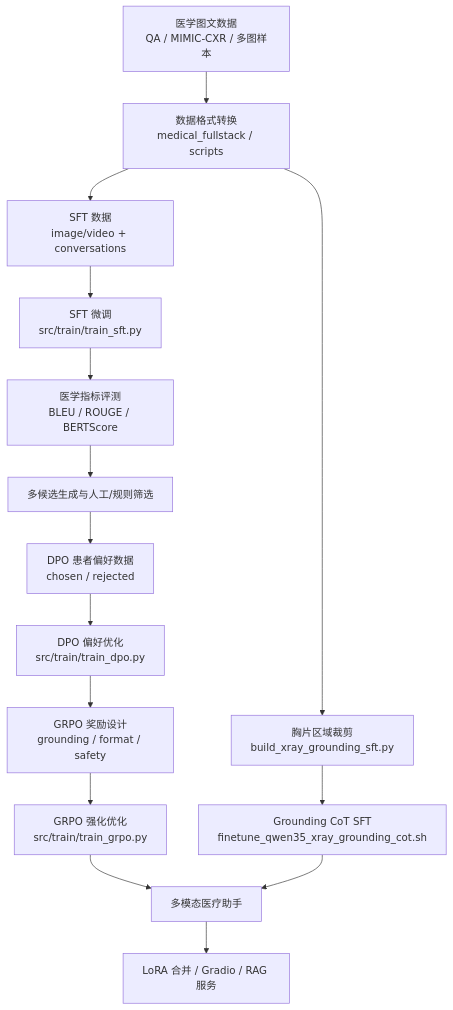
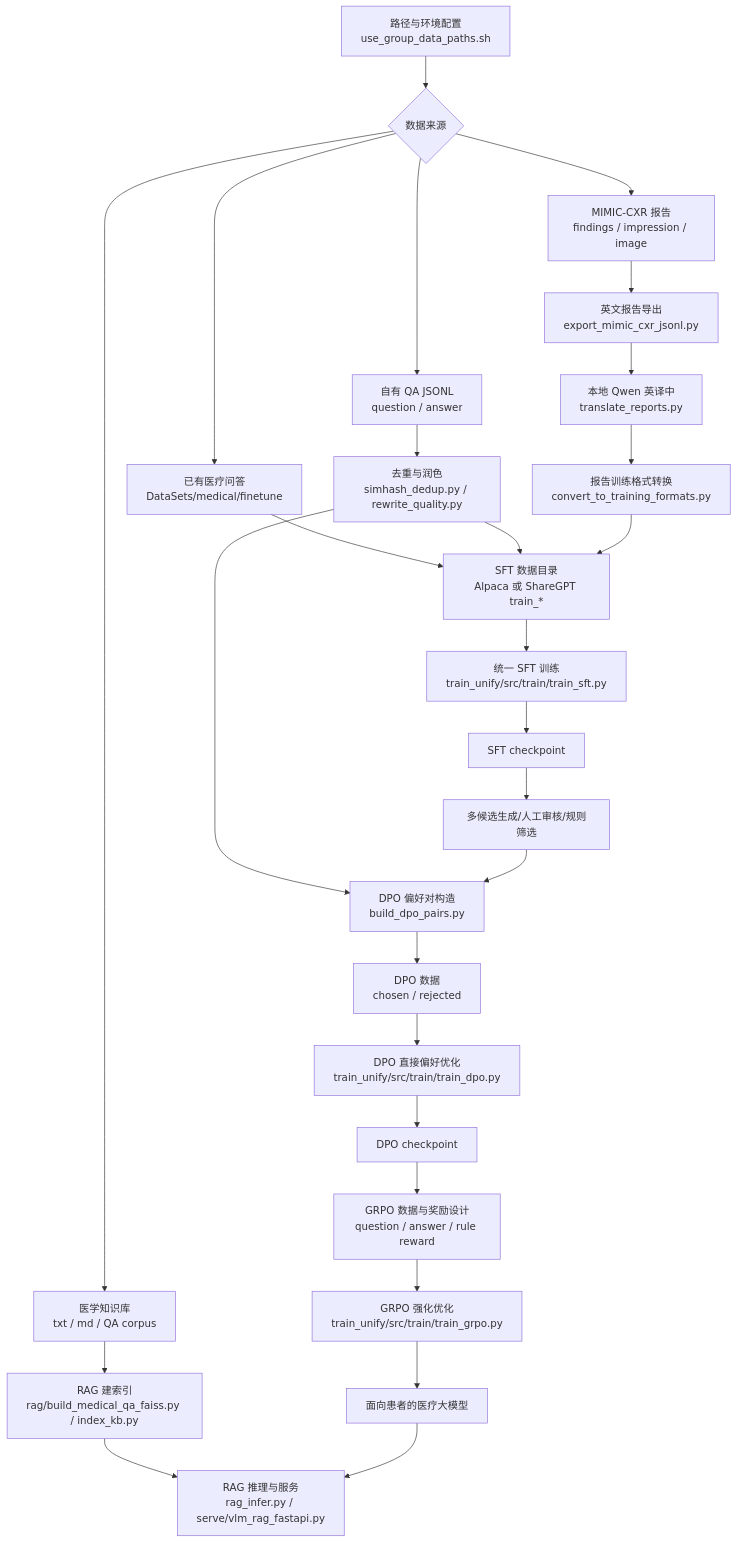
One commit to scuterGuoyulong/Medical_fullstack changed the diagram in train_unify/README.md. Above: the diagram before and after it, drawn with Mermaid. The commit also changed other lines of this file, not shown here.

````diff
--- a/train_unify/README.md
+++ b/train_unify/README.md
@@ -30,19 +19,35 @@
 ```mermaid
 flowchart TD
-    A[医学图文数据<br/>QA / MIMIC-CXR / 多图样本] --> B[数据格式转换<br/>medical_fullstack / scripts]
-    B --> C[SFT 数据<br/>image/video + conversations]
-    C --> D[SFT 微调<br/>src/train/train_sft.py]
-    D --> E[医学指标评测<br/>BLEU / ROUGE / BERTScore]
-    E --> F[多候选生成与人工/规则筛选]
-    F --> G[DPO 患者偏好数据<br/>chosen / rejected]
-    G --> H[DPO 偏好优化<br/>src/train/train_dpo.py]
-    H --> I[GRPO 奖励设计<br/>grounding / format / safety]
-    I --> J[GRPO 强化优化<br/>src/train/train_grpo.py]
-    J --> K[多模态医疗助手]
+    A[路径与环境配置<br/>use_group_data_paths.sh] --> B{数据来源}
 
-    B --> L[胸片区域裁剪<br/>build_xray_grounding_sft.py]
-    L --> M[Grounding CoT SFT<br/>finetune_qwen35_xray_grounding_cot.sh]
-    M --> K
+    B --> C1[已有医疗问答<br/>DataSets/medical/finetune]
+    B --> C2[自有 QA JSONL<br/>question / answer]
+    B --> C3[MIMIC-CXR 报告<br/>findings / impression / image]
+    B --> C4[医学知识库<br/>txt / md / QA corpus]
 
-    K --> N[LoRA 合并 / Gradio / RAG 服务]
+    C2 --> D1[去重与润色<br/>simhash_dedup.py / rewrite_quality.py]
+    C3 --> D2[英文报告导出<br/>export_mimic_cxr_jsonl.py]
+    D2 --> D3[本地 Qwen 英译中<br/>translate_reports.py]
+    D3 --> D4[报告训练格式转换<br/>convert_to_training_formats.py]
+    C1 --> E[SFT 数据目录<br/>Alpaca 或 ShareGPT train_*]
+    D1 --> E
+    D4 --> E
+
+    E --> F[统一 SFT 训练<br/>train_unify/src/train/train_sft.py]
+    F --> G[SFT checkpoint]
+
+    D1 --> H[DPO 偏好对构造<br/>build_dpo_pairs.py]
+    G --> I[多候选生成/人工审核/规则筛选]
+    I --> H
+    H --> J[DPO 数据<br/>chosen / rejected]
+    J --> K[DPO 直接偏好优化<br/>train_unify/src/train/train_dpo.py]
+    K --> L[DPO checkpoint]
+
+    L --> M[GRPO 数据与奖励设计<br/>question / answer / rule reward]
+    M --> N[GRPO 强化优化<br/>train_unify/src/train/train_grpo.py]
+    N --> O[面向患者的医疗大模型]
+
+    C4 --> P[RAG 建索引<br/>rag/build_medical_qa_faiss.py / index_kb.py]
+    P --> Q[RAG 推理与服务<br/>rag_infer.py / serve/vlm_rag_fastapi.py]
+    O --> Q
 ```
````
